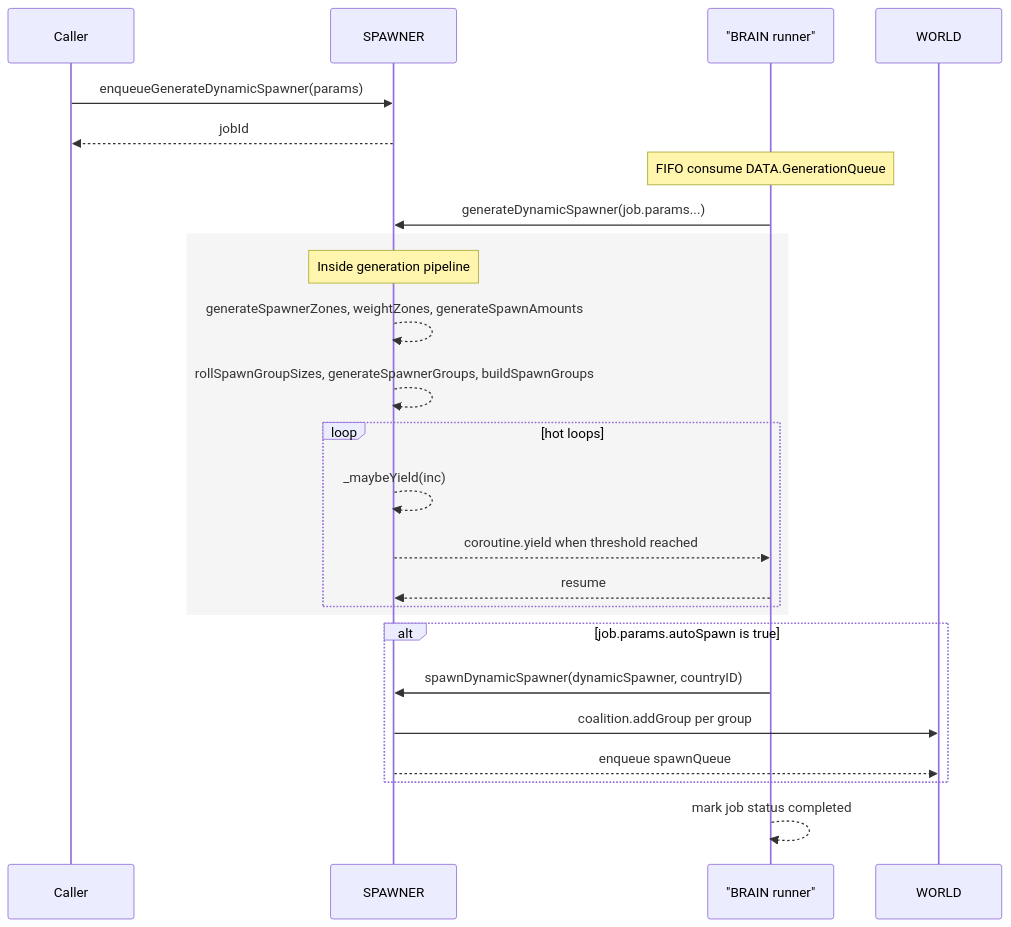
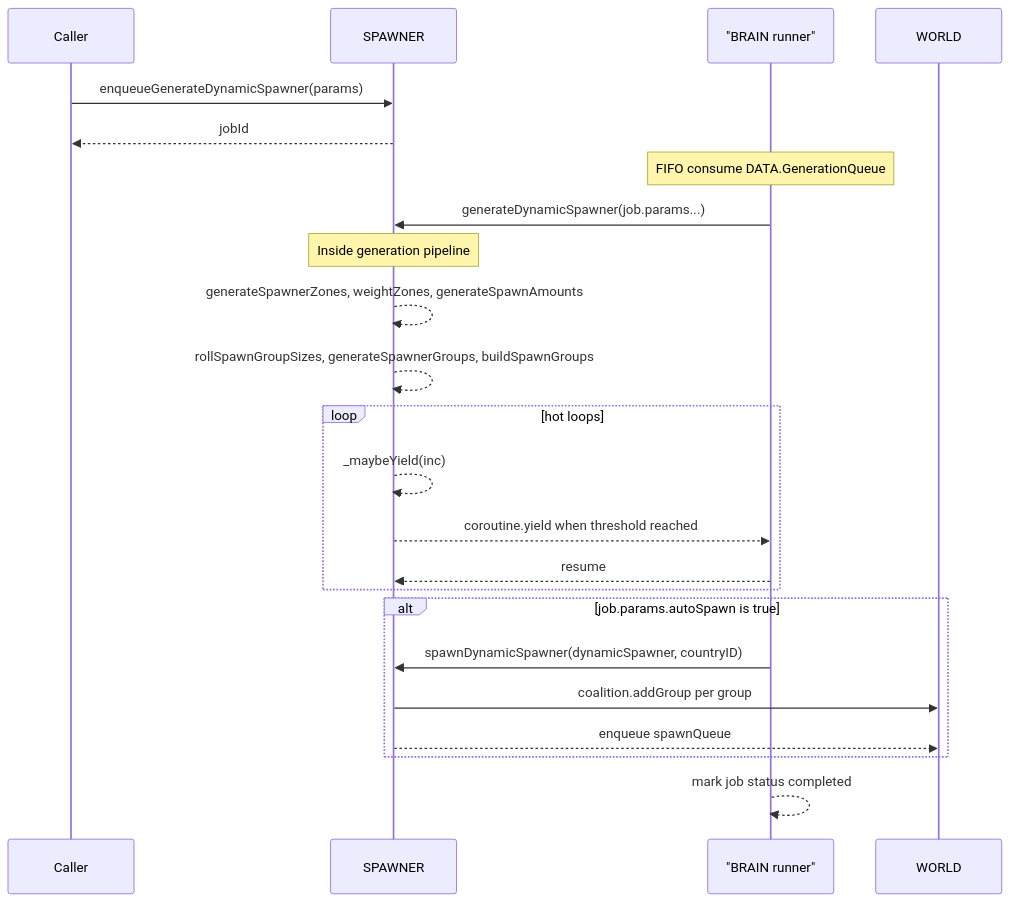
Before and after one commit to Gh0st352/AETHR: the second of 4 diagrams in docs/spawner/async.md, drawn with Mermaid. The commit also changed other lines of this file and 9 other files, not shown here.

First line of the commit message:
docs(spawner, mermaid): restructure diagrams and clarify headings

````diff
--- a/docs/spawner/async.md
+++ b/docs/spawner/async.md
@@ -39,27 +49,26 @@
 ```mermaid
+%% shared theme: docs/_mermaid/theme.json %%
 sequenceDiagram
   participant Caller
   participant SPAWNER
   participant BRAIN as "BRAIN runner"
   participant WORLD
   Caller->>SPAWNER: enqueueGenerateDynamicSpawner(params)
   SPAWNER-->>Caller: jobId
   Note over BRAIN: FIFO consume DATA.GenerationQueue
   BRAIN->>SPAWNER: generateDynamicSpawner(job.params...)
-  rect rgb(245,245,245)
-    Note over SPAWNER: Inside generation pipeline
-    SPAWNER-->>SPAWNER: generateSpawnerZones, weightZones, generateSpawnAmounts
-    SPAWNER-->>SPAWNER: rollSpawnGroupSizes, generateSpawnerGroups, buildSpawnGroups
-    loop hot loops
-      SPAWNER-->>SPAWNER: _maybeYield(inc)
-      SPAWNER-->>BRAIN: coroutine.yield when threshold reached
-      BRAIN-->>SPAWNER: resume
-    end
+  Note over SPAWNER: Inside generation pipeline
+  SPAWNER-->>SPAWNER: generateSpawnerZones, weightZones, generateSpawnAmounts
+  SPAWNER-->>SPAWNER: rollSpawnGroupSizes, generateSpawnerGroups, buildSpawnGroups
+  loop hot loops
+    SPAWNER-->>SPAWNER: _maybeYield(inc)
+    SPAWNER-->>BRAIN: coroutine.yield when threshold reached
+    BRAIN-->>SPAWNER: resume
   end
   alt job.params.autoSpawn is true
     BRAIN->>SPAWNER: spawnDynamicSpawner(dynamicSpawner, countryID)
     SPAWNER->>WORLD: coalition.addGroup per group
     SPAWNER-->>WORLD: enqueue spawnQueue
   end
   BRAIN-->>BRAIN: mark job status completed
 ```
````
